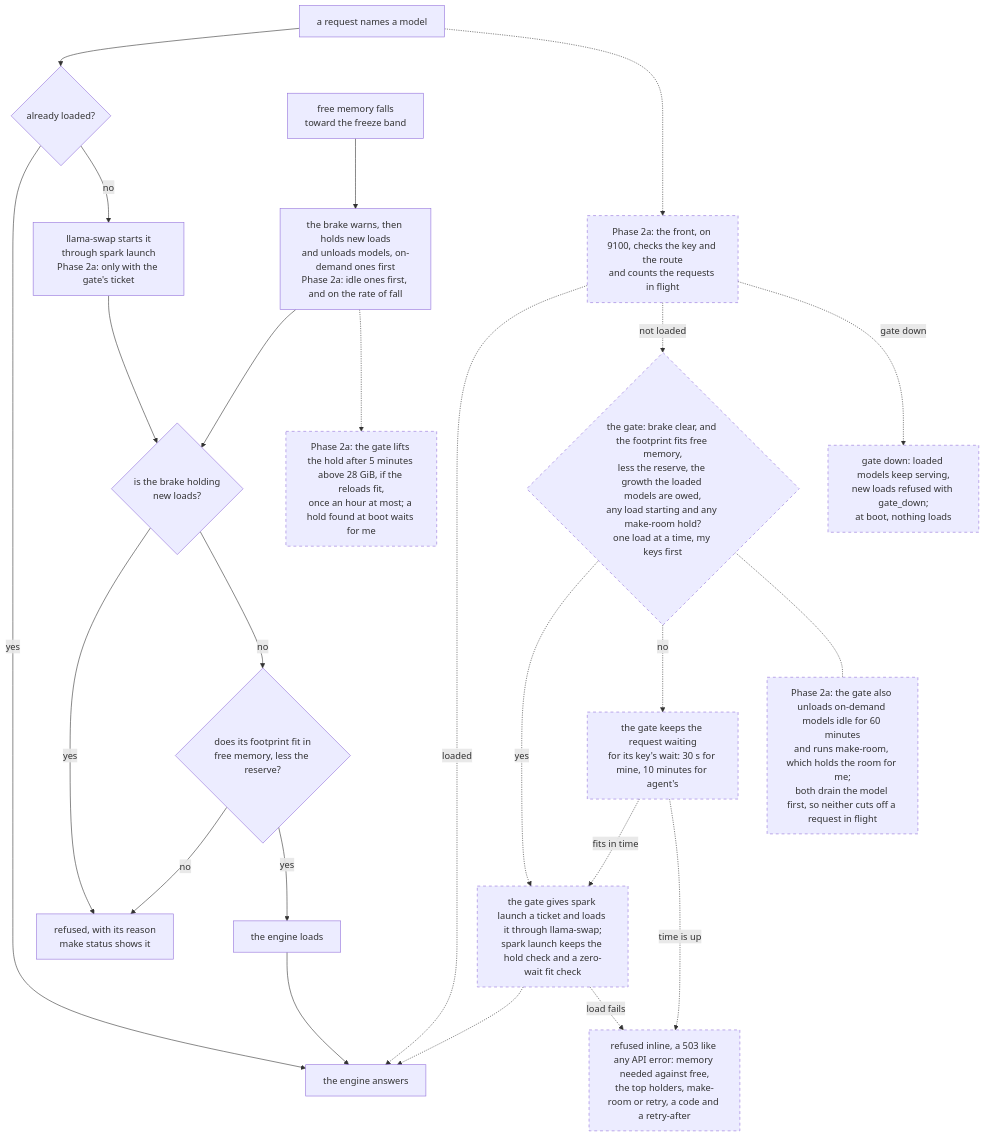
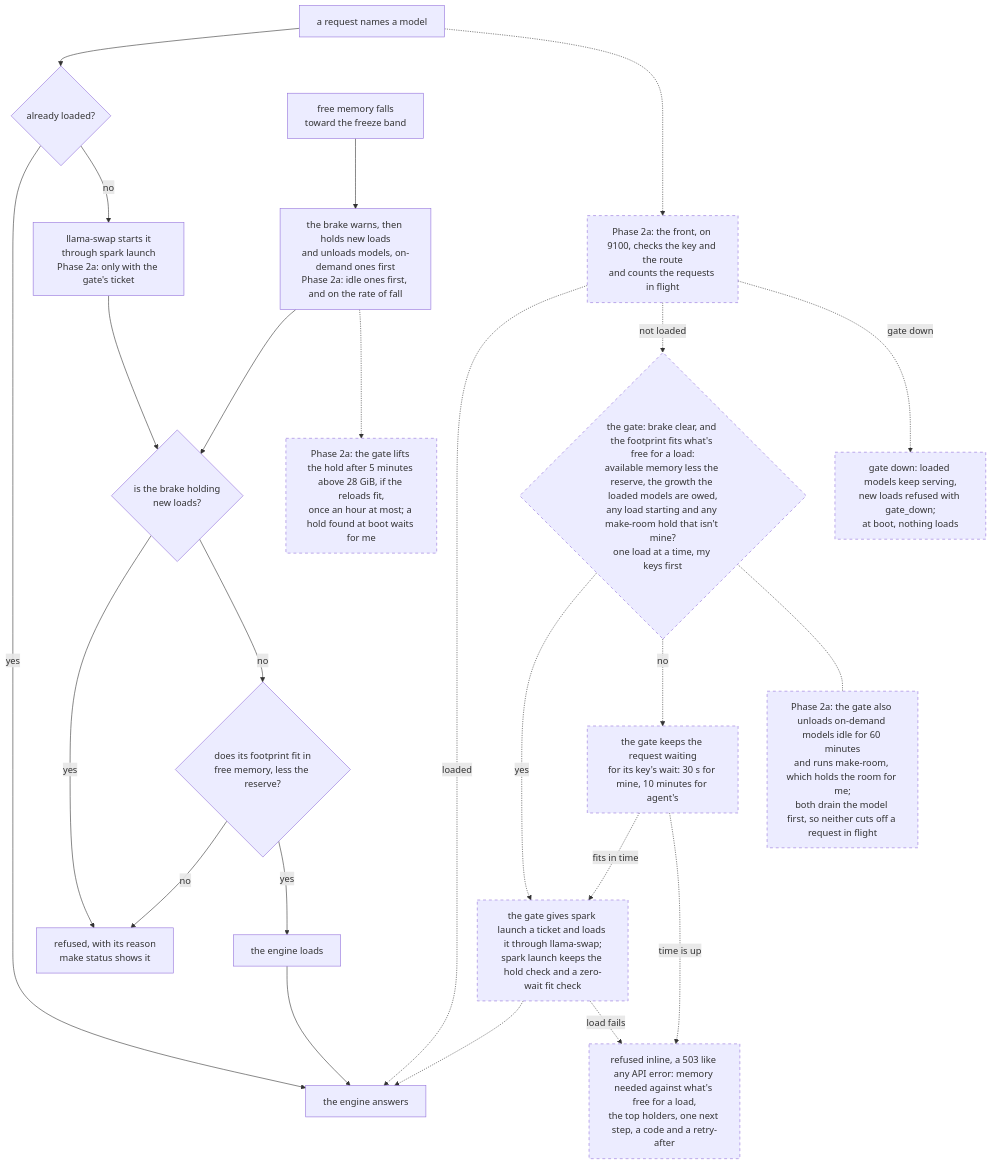
Before and after one commit to chendaniely/local-ai: the third of 4 diagrams in website/architecture.qmd, drawn with Mermaid. The commit also changed other lines of this file and 5 other files, not shown here.

````diff
--- a/website/architecture.qmd
+++ b/website/architecture.qmd
@@ -180,37 +180,37 @@
 ```{mermaid}
 flowchart TD
   classDef planned stroke-dasharray: 5 5
 
   req["a request names a model"] --> loaded{"already loaded?"}
   loaded -- yes --> answer["the engine answers"]
   loaded -- no --> launch["llama-swap starts it<br/>through spark launch<br/>Phase 2a: only with the gate's ticket"]
   launch --> held{"is the brake holding<br/>new loads?"}
   held -- yes --> refuse["refused, with its reason<br/>make status shows it"]
   held -- no --> fits{"does its footprint fit in<br/>free memory, less the reserve?"}
   fits -- no --> refuse
   fits -- yes --> load["the engine loads"] --> answer
   low["free memory falls<br/>toward the freeze band"] --> brake["the brake warns, then holds new loads<br/>and unloads models, on-demand ones first<br/>Phase 2a: idle ones first, and on the rate of fall"]
   brake --> held
 
   front["Phase 2a: the front, on 9100, checks the key and the route<br/>and counts the requests in flight"]:::planned
   gdown["gate down: loaded models keep serving,<br/>new loads refused with gate_down;<br/>at boot, nothing loads"]:::planned
-  ask{"the gate: brake clear, and the footprint fits free memory,<br/>less the reserve, the growth the loaded models are owed,<br/>any load starting and any make-room hold?<br/>one load at a time, my keys first"}:::planned
+  ask{"the gate: brake clear, and the footprint fits what's free for a load:<br/>available memory less the reserve, the growth the loaded models are owed,<br/>any load starting and any make-room hold that isn't mine?<br/>one load at a time, my keys first"}:::planned
   gload["the gate gives spark launch a ticket and loads it through llama-swap;<br/>spark launch keeps the hold check and a zero-wait fit check"]:::planned
   hold["the gate keeps the request waiting<br/>for its key's wait: 30 s for mine, 10 minutes for agent's"]:::planned
-  inline["refused inline, a 503 like any API error: memory needed against free,<br/>the top holders, make-room or retry, a code and a retry-after"]:::planned
+  inline["refused inline, a 503 like any API error: memory needed against what's free for a load,<br/>the top holders, one next step, a code and a retry-after"]:::planned
   release["Phase 2a: the gate lifts the hold after 5 minutes above 28 GiB, if the reloads fit,<br/>once an hour at most; a hold found at boot waits for me"]:::planned
   idle["Phase 2a: the gate also unloads on-demand models idle for 60 minutes<br/>and runs make-room, which holds the room for me;<br/>both drain the model first, so neither cuts off a request in flight"]:::planned
 
   req -.-> front
   front -. loaded .-> answer
   front -. "not loaded" .-> ask
   front -. "gate down" .-> gdown
   ask -. yes .-> gload
   gload -.-> answer
   gload -. "load fails" .-> inline
   ask -. no .-> hold
   hold -. "fits in time" .-> gload
   hold -. "time is up" .-> inline
   brake -.-> release
   ask -.- idle
 ```
````
